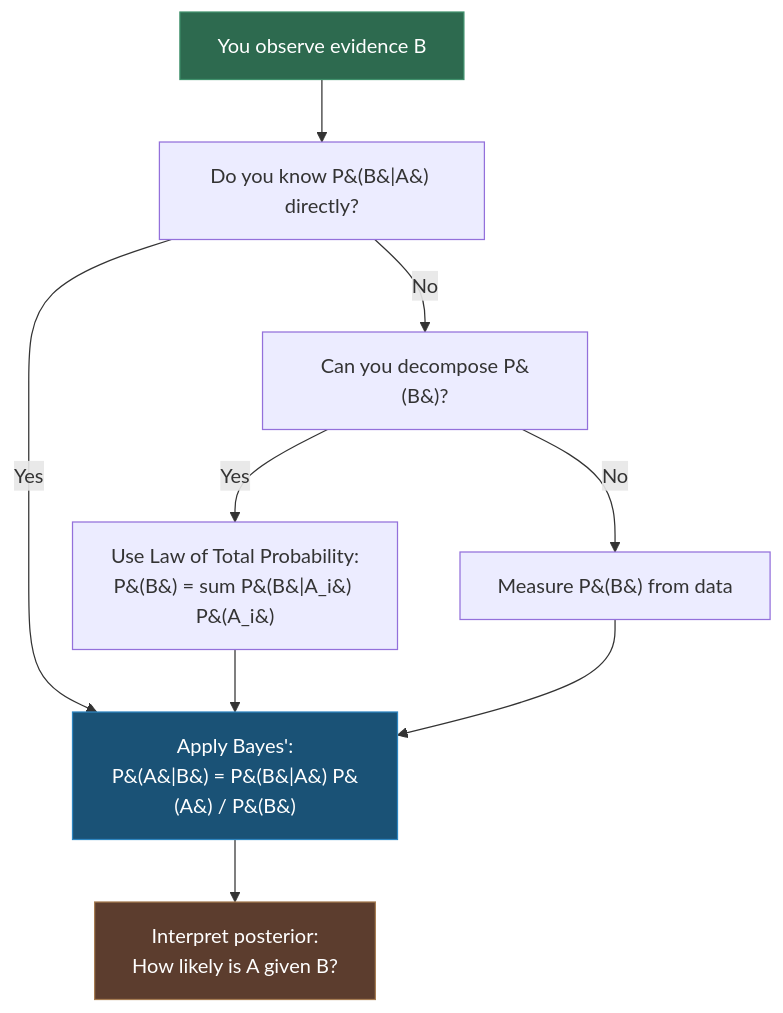
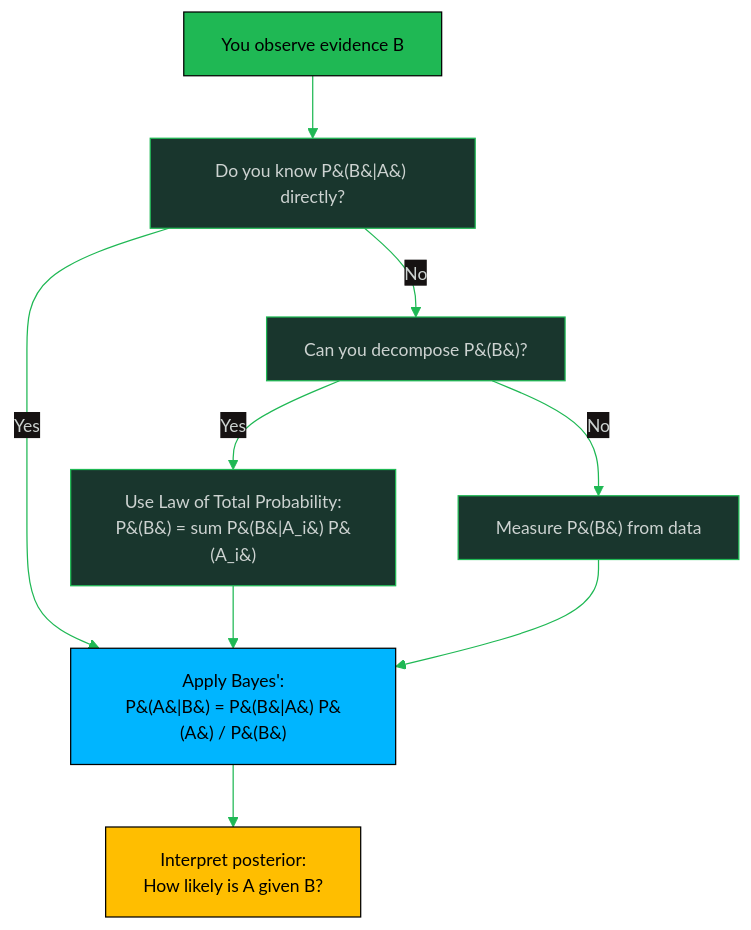
One commit to oat431/swe-knowledge changed the diagram in math-for-software-engineering-note/04_discrete_probability.md. Above: the diagram before and after it, drawn with Mermaid. The commit also changed other lines of this file and 18 other files, not shown here.

````diff
--- a/math-for-software-engineering-note/04_discrete_probability.md
+++ b/math-for-software-engineering-note/04_discrete_probability.md
@@ -141,15 +141,16 @@
 ```mermaid
+%%{init: {'theme':'base','themeVariables':{'primaryColor':'#19362D','primaryTextColor':'#CDD3D1','primaryBorderColor':'#1FB854','lineColor':'#1FB854','background':'#1B1717','mainBkg':'#19362D','clusterBkg':'#161212','edgeLabelBackground':'#161212','titleColor':'#1FB854','fontSize':'14px'}}}%%
 flowchart TD
     START["You observe evidence B"] --> Q1["Do you know P&#40;B&#124;A&#41; directly?"]
     Q1 -->|Yes| APPLY["Apply Bayes':\nP&#40;A&#124;B&#41; = P&#40;B&#124;A&#41; P&#40;A&#41; / P&#40;B&#41;"]
     Q1 -->|No| Q2["Can you decompose P&#40;B&#41;?"]
     Q2 -->|Yes| TOTAL["Use Law of Total Probability:\nP&#40;B&#41; = sum P&#40;B&#124;A_i&#41; P&#40;A_i&#41;"]
     Q2 -->|No| MEASURE["Measure P&#40;B&#41; from data"]
     TOTAL --> APPLY
     MEASURE --> APPLY
     APPLY --> INTERPRET["Interpret posterior:\nHow likely is A given B?"]
 
-    style START fill:#2d6a4f,stroke:#40916c,color:#fff
-    style APPLY fill:#1a5276,stroke:#2e86c1,color:#fff
-    style INTERPRET fill:#5c3d2e,stroke:#a67c52,color:#fff
+    style START fill:#1FB854,stroke:#000000,color:#000000
+    style APPLY fill:#00B5FF,stroke:#000000,color:#000000
+    style INTERPRET fill:#FFBE00,stroke:#000000,color:#000000
 ```
````
